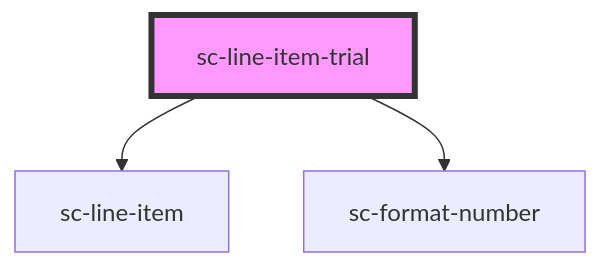
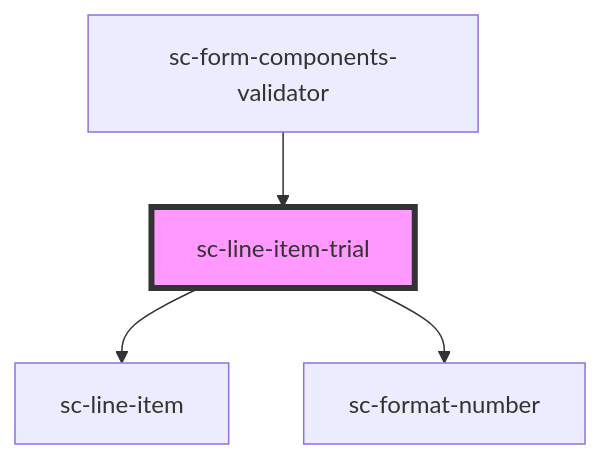
Before and after one commit to surecart/surecart-wp-plugin: the diagram in packages/components/src/components/controllers/checkout-form/line-item-trial/readme.md, drawn with Mermaid. The commit also changed other lines of this file and 11 other files, not shown here.

````diff
--- a/packages/components/src/components/controllers/checkout-form/line-item-trial/readme.md
+++ b/packages/components/src/components/controllers/checkout-form/line-item-trial/readme.md
@@ -23,6 +27,7 @@
 ```mermaid
 graph TD;
   sc-line-item-trial --> sc-line-item
   sc-line-item-trial --> sc-format-number
+  sc-form-components-validator --> sc-line-item-trial
   style sc-line-item-trial fill:#f9f,stroke:#333,stroke-width:4px
 ```
````
